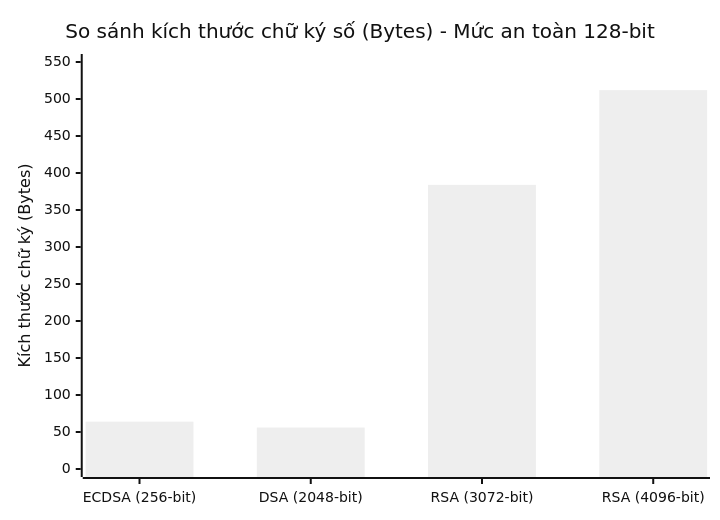
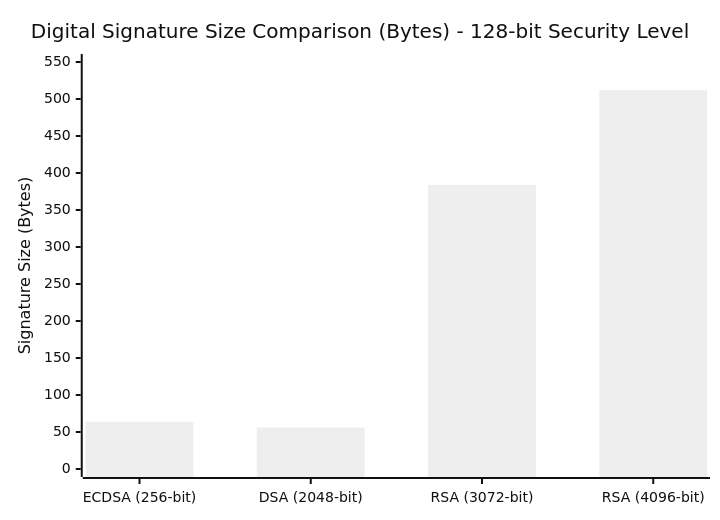
One commit to thuann2212/IS-TEXT- changed the fifth of 6 diagrams in docs/bao_cao_ecdsa.md. Above: the diagram before and after it, drawn with Mermaid (neutral theme). The commit also changed other lines of this file and 5 other files, not shown here.

````diff
--- a/docs/bao_cao_ecdsa.md
+++ b/docs/bao_cao_ecdsa.md
@@ -439,7 +439,7 @@
 ```mermaid
 xychart-beta
-    title "So sánh kích thước chữ ký số (Bytes) - Mức an toàn 128-bit"
+    title "Digital Signature Size Comparison (Bytes) - 128-bit Security Level"
     x-axis ["ECDSA (256-bit)", "DSA (2048-bit)", "RSA (3072-bit)", "RSA (4096-bit)"]
-    y-axis "Kích thước chữ ký (Bytes)" 0 --> 550
+    y-axis "Signature Size (Bytes)" 0 --> 550
     bar [64, 56, 384, 512]
 ```
````
